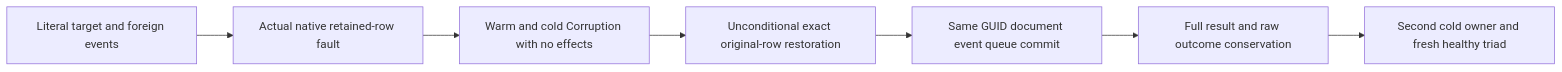
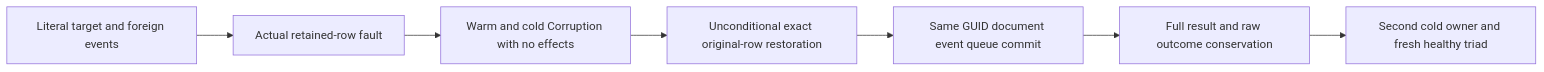
Before and after one commit to managedcode/KeyLoad: the diagram in docs/Features/EventStreams/RetainedAppendIdentityAuthority.md, drawn with Mermaid. The commit also changed other lines of this file and 9016 other files, not shown here.

````diff
--- a/docs/Features/EventStreams/RetainedAppendIdentityAuthority.md
+++ b/docs/Features/EventStreams/RetainedAppendIdentityAuthority.md
@@ -29,9 +29,9 @@
 ```mermaid
 flowchart LR
-    Seed[Literal target and foreign events] --> Damage[Actual native retained-row fault]
+    Seed[Literal target and foreign events] --> Damage[Actual retained-row fault]
     Damage --> Refuse[Warm and cold Corruption with no effects]
     Refuse --> Repair[Unconditional exact original-row restoration]
     Repair --> Commit[Same GUID document event queue commit]
     Commit --> Replay[Full result and raw outcome conservation]
     Replay --> Cold[Second cold owner and fresh healthy triad]
 ```
````
